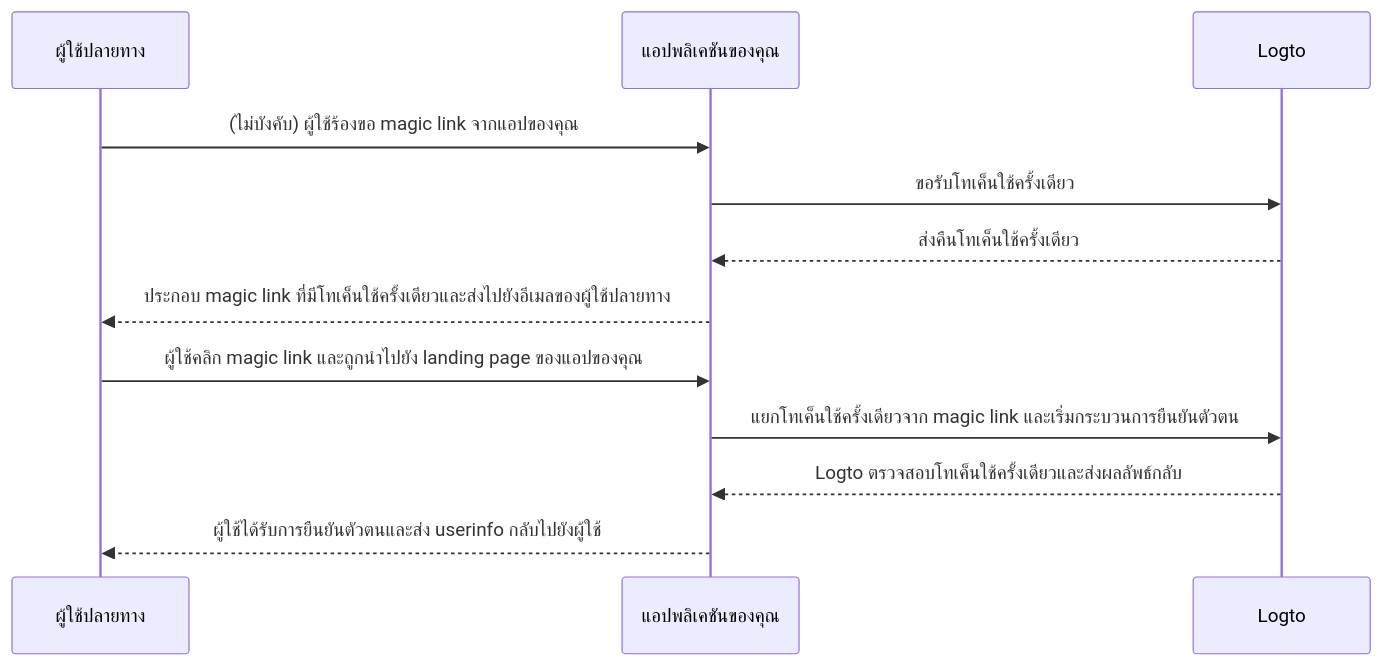
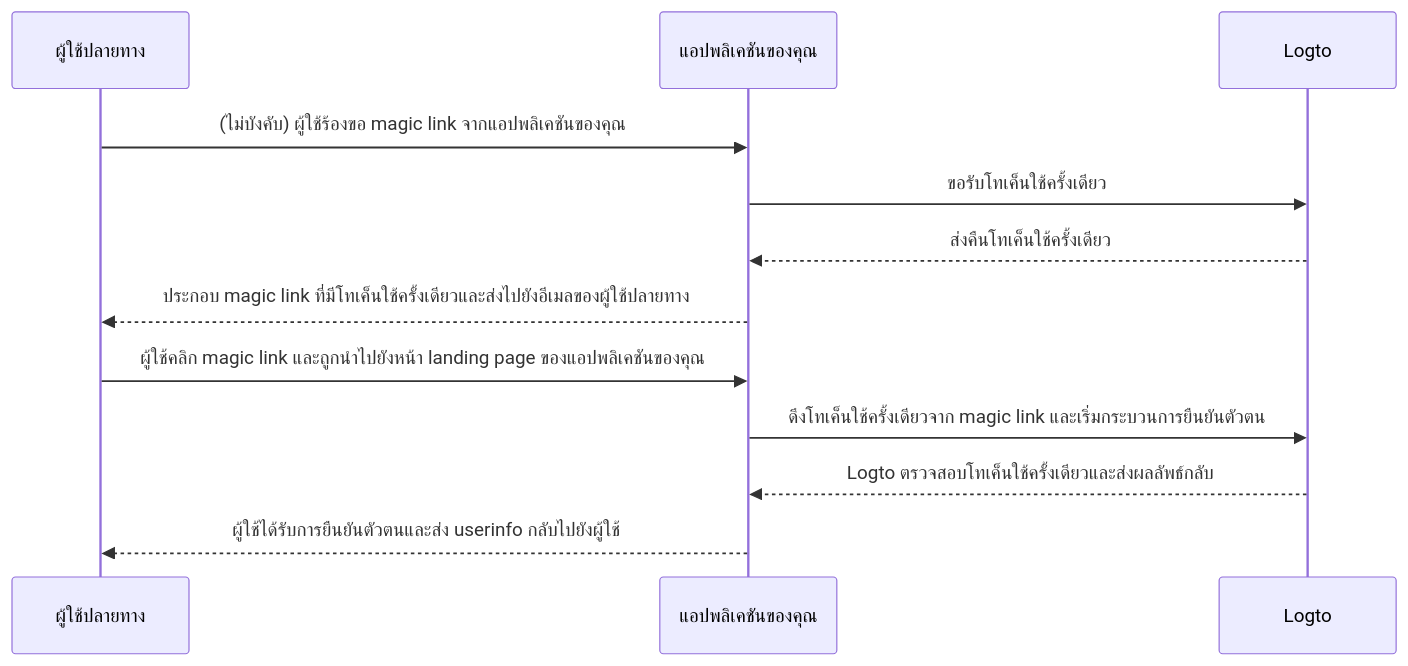
The diagram in i18n/th/docusaurus-plugin-content-docs/current/end-user-flows/one-time-token.mdx (logto-io/docs), drawn with Mermaid before and after one commit. The commit also changed other lines of this file and 35 other files, not shown here.

````diff
--- a/i18n/th/docusaurus-plugin-content-docs/current/end-user-flows/one-time-token.mdx
+++ b/i18n/th/docusaurus-plugin-content-docs/current/end-user-flows/one-time-token.mdx
@@ -24,15 +24,15 @@
 ```mermaid
 sequenceDiagram
   participant U as ผู้ใช้ปลายทาง
   participant C as แอปพลิเคชันของคุณ
   participant L as Logto
 
-  U ->> C: (ไม่บังคับ) ผู้ใช้ร้องขอ magic link จากแอปของคุณ
+  U ->> C: (ไม่บังคับ) ผู้ใช้ร้องขอ magic link จากแอปพลิเคชันของคุณ
   C ->> L: ขอรับโทเค็นใช้ครั้งเดียว
   L -->> C: ส่งคืนโทเค็นใช้ครั้งเดียว
   C -->> U: ประกอบ magic link ที่มีโทเค็นใช้ครั้งเดียวและส่งไปยังอีเมลของผู้ใช้ปลายทาง
-  U ->> C: ผู้ใช้คลิก magic link และถูกนำไปยัง landing page ของแอปของคุณ
-  C ->> L: แยกโทเค็นใช้ครั้งเดียวจาก magic link และเริ่มกระบวนการยืนยันตัวตน
+  U ->> C: ผู้ใช้คลิก magic link และถูกนำไปยังหน้า landing page ของแอปพลิเคชันของคุณ
+  C ->> L: ดึงโทเค็นใช้ครั้งเดียวจาก magic link และเริ่มกระบวนการยืนยันตัวตน
   L -->> C: Logto ตรวจสอบโทเค็นใช้ครั้งเดียวและส่งผลลัพธ์กลับ
   C -->> U: ผู้ใช้ได้รับการยืนยันตัวตนและส่ง userinfo กลับไปยังผู้ใช้
 ```
````
